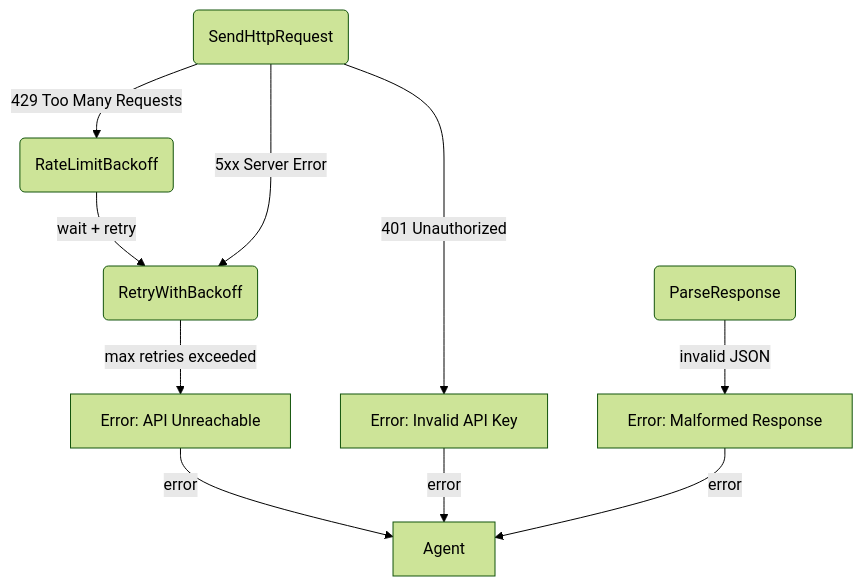
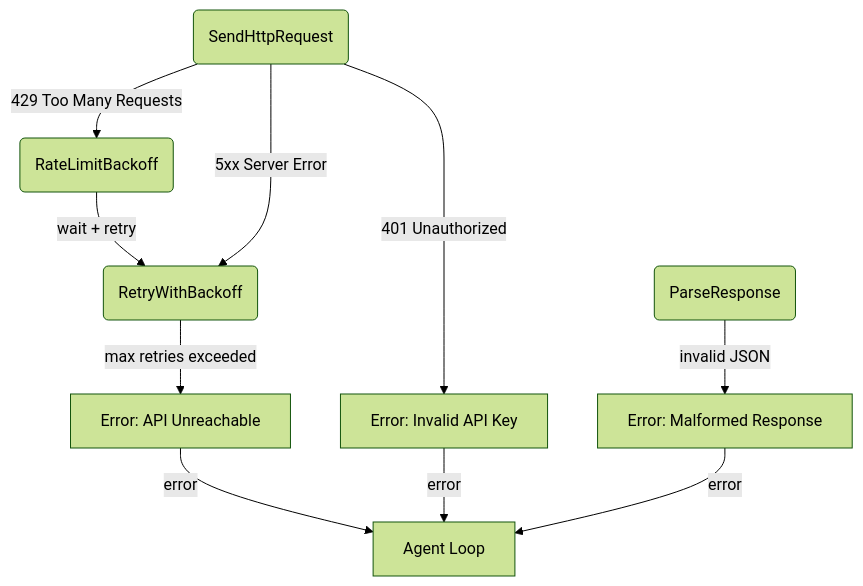
The second of 3 diagrams in _dfds/ai-provider.md (cosmoswafer/rockbot), drawn with Mermaid (forest theme) before and after one commit. The commit also changed other lines of this file and 4 other files, not shown here.

````diff
--- a/_dfds/ai-provider.md
+++ b/_dfds/ai-provider.md
@@ -48,21 +46,21 @@
 ```mermaid
 flowchart TD
     HTTP(SendHttpRequest)
     PARSE(ParseResponse)
     RATE(RateLimitBackoff)
     RETRY(RetryWithBackoff)
     ERR_API[Error: API Unreachable]
     ERR_PARSE[Error: Malformed Response]
     ERR_AUTH[Error: Invalid API Key]
-    AGENT[Agent]
+    AGENT[Agent Loop]
 
     HTTP -->|"429 Too Many Requests"| RATE
     RATE -->|"wait + retry"| RETRY
     HTTP -->|"5xx Server Error"| RETRY
     RETRY -->|"max retries exceeded"| ERR_API
     HTTP -->|"401 Unauthorized"| ERR_AUTH
     PARSE -->|"invalid JSON"| ERR_PARSE
     ERR_API -->|"error"| AGENT
     ERR_AUTH -->|"error"| AGENT
     ERR_PARSE -->|"error"| AGENT
 ```
````
